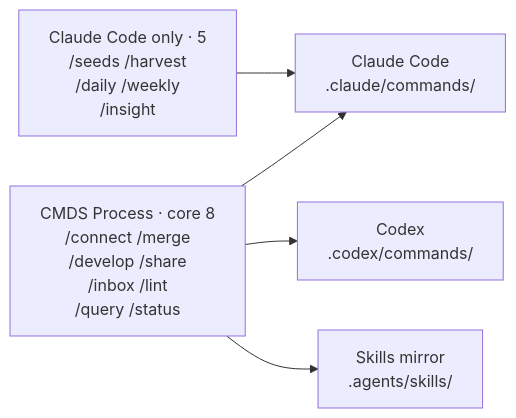
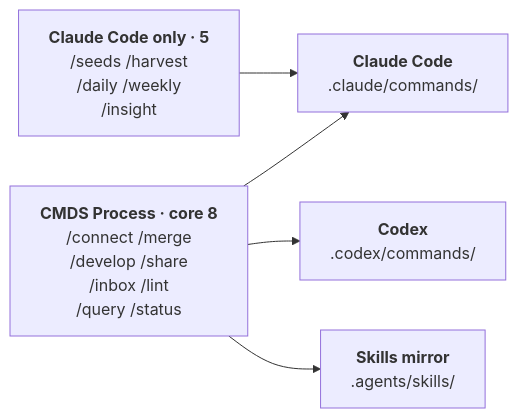
Before and after one commit to johnfkoo951/cmds-system-files: the diagram in diagrams/src/commands-parity-en.md, drawn with Mermaid. The commit also changed 20 other files, not shown here.

Commit message:
site: diagrams after reviewer pass (tighter labels, one-sentence captions, who-reads-what as flowchart) + copy refresh

````diff
--- a/diagrams/src/commands-parity-en.md
+++ b/diagrams/src/commands-parity-en.md
@@ -1,15 +1,25 @@
 ```mermaid
 flowchart LR
 %% @name: commands-parity-en
 %% @alt: The eight core CMDS Process commands point to three harness folders, .claude/commands, .codex/commands and .agents/skills; five Claude Code only commands point to .claude/commands alone.
 %% @key: C8
-	C8["CMDS Process · core 8<br>/connect /merge<br>/develop /share<br>/inbox /lint<br>/query /status"]
-	O5["Claude Code only · 5<br>/seeds /harvest<br>/daily /weekly<br>/insight"]
-	HC["Claude Code<br>.claude/commands/"]
-	HX["Codex<br>.codex/commands/"]
-	HA["Skills mirror<br>.agents/skills/"]
-	C8 --> HC
-	C8 --> HX
-	C8 --> HA
-	O5 --> HC
+  C8["`**CMDS Process · core 8**
+/connect /merge
+/develop /share
+/inbox /lint
+/query /status`"]
+  O5["`**Claude Code only · 5**
+/seeds /harvest
+/daily /weekly
+/insight`"]
+  HC["`**Claude Code**
+.claude/commands/`"]
+  HX["`**Codex**
+.codex/commands/`"]
+  HA["`**Skills mirror**
+.agents/skills/`"]
+  C8 --> HC
+  C8 --> HX
+  C8 --> HA
+  O5 --> HC
 ```
````
